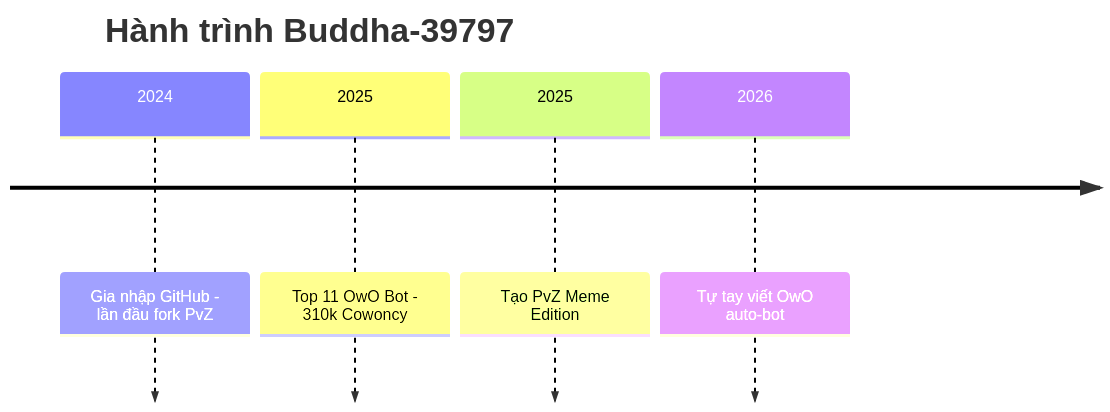
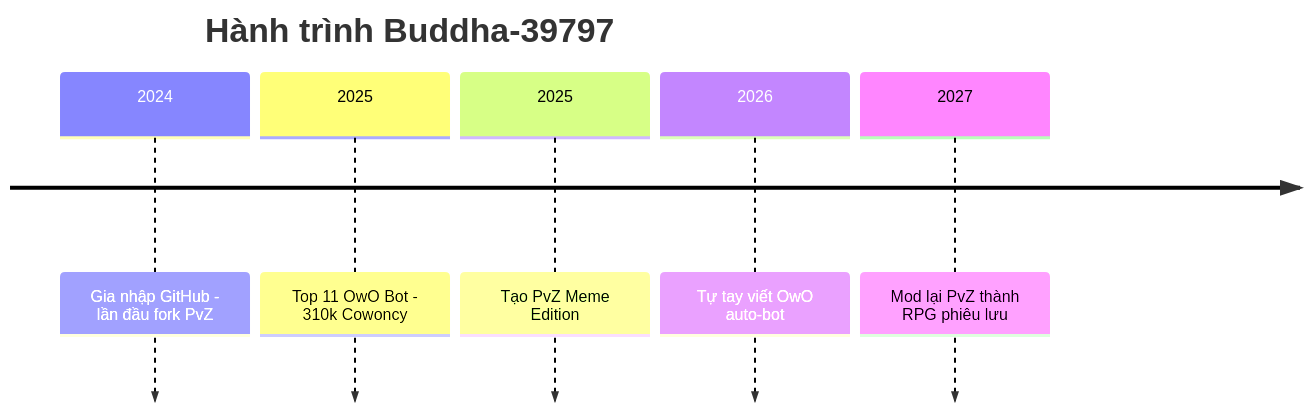
The diagram in README.md (Buddha-39797/Buddha-39797), drawn with Mermaid before and after one commit. The commit also changed other lines of this file, not shown here.

````diff
--- a/README.md
+++ b/README.md
@@ -74,8 +79,9 @@
 ```mermaid
 timeline
     title Hành trình Buddha-39797
     2024 : Gia nhập GitHub - lần đầu fork PvZ
     2025 : Top 11 OwO Bot - 310k Cowoncy
     2025 : Tạo PvZ Meme Edition
     2026 : Tự tay viết OwO auto-bot
+    2027 : Mod lại PvZ thành RPG phiêu lưu
 ```
````
